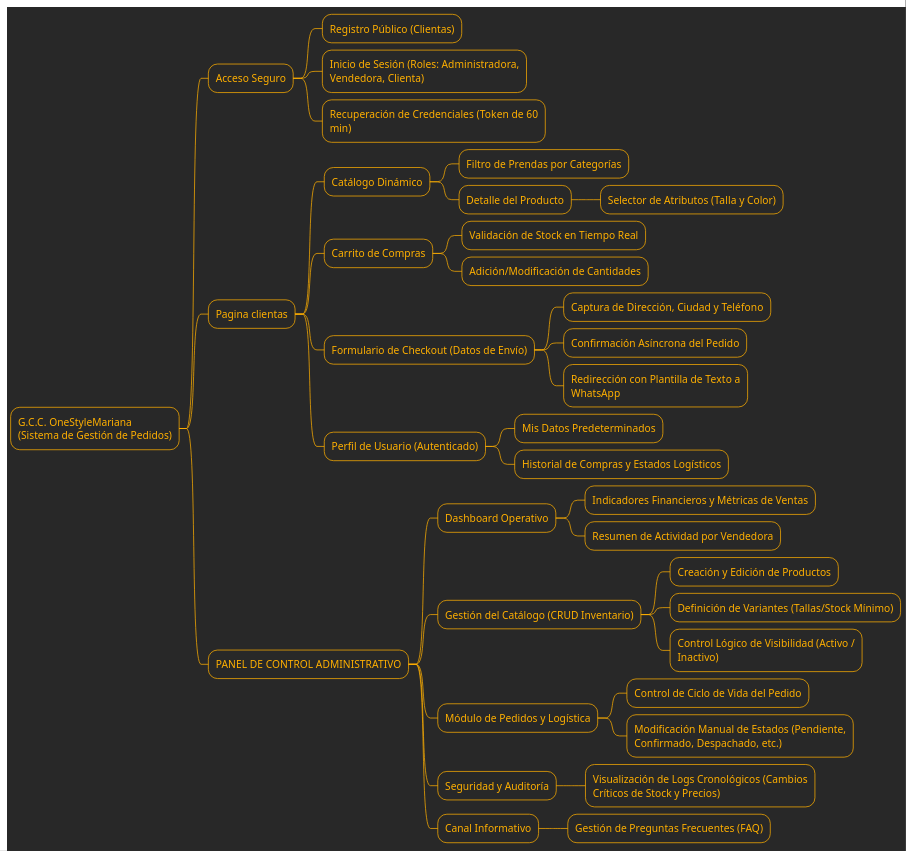
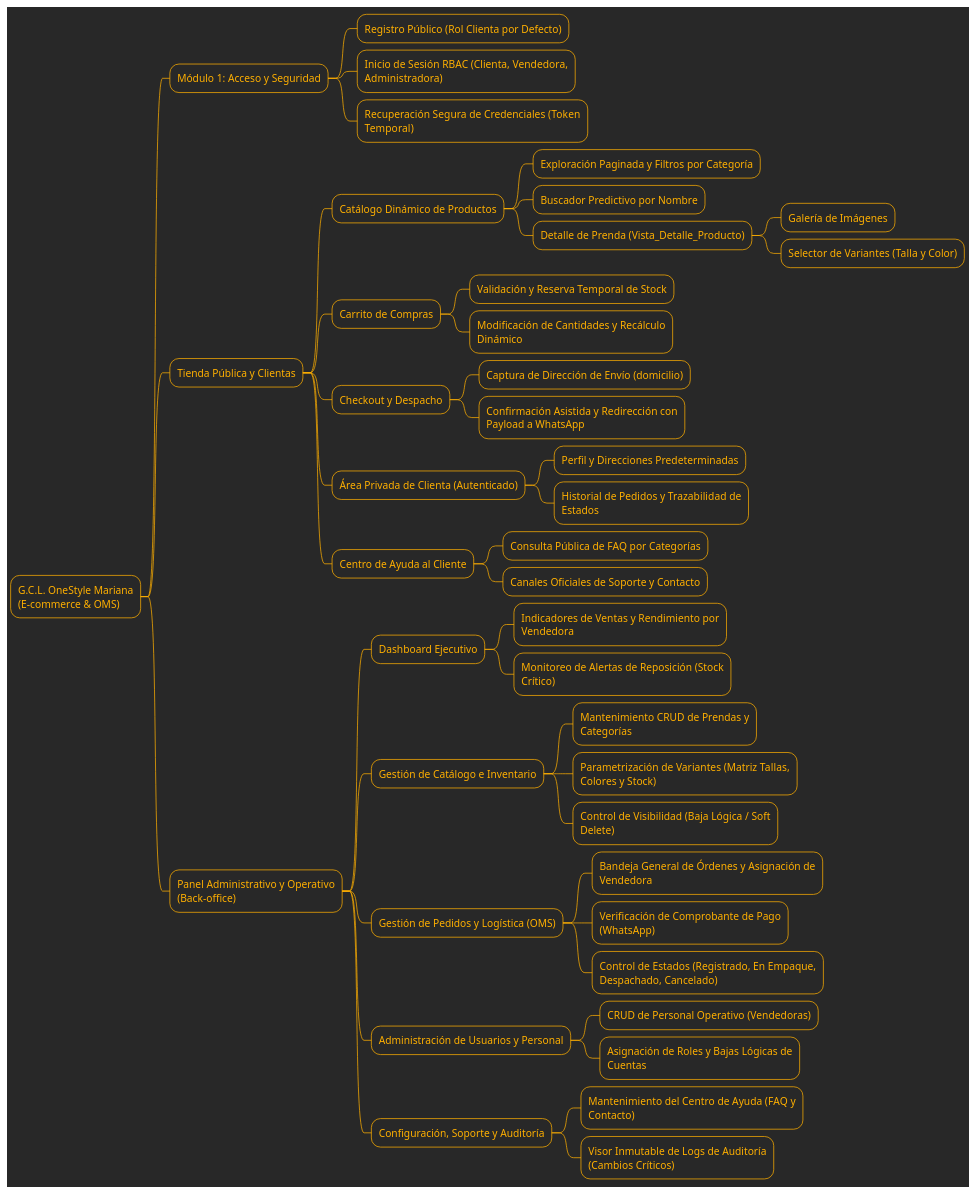
Before and after one commit to holo-t-leds/Concepto-OneStyle-Mariana: the diagram in docs/mapa navegacion/mapnav.puml, drawn with PlantUML.

Commit message:
Revise navigation map for e-commerce and OMS

```diff
--- a/docs/mapa navegacion/mapnav.puml
+++ b/docs/mapa navegacion/mapnav.puml
@@ -1,45 +1,52 @@
 @startmindmap
 !theme crt-amber
 skinparam linetype ortho
 skinparam classAttributeIconSize 0
 
-* G.C.C. OneStyleMariana \n(Sistema de Gestión de Pedidos)
+* G.C.L. OneStyle Mariana\n(E-commerce & OMS)
 
-** Acceso Seguro
-*** Registro Público (Clientas)
-*** Inicio de Sesión (Roles: Administradora, Vendedora, Clienta)
-*** Recuperación de Credenciales (Token de 60 min)
+** Módulo 1: Acceso y Seguridad
+*** Registro Público (Rol Clienta por Defecto)
+*** Inicio de Sesión RBAC (Clienta, Vendedora, Administradora)
+*** Recuperación Segura de Credenciales (Token Temporal)
 
-** Pagina clientas
-*** Catálogo Dinámico
-**** Filtro de Prendas por Categorías
-**** Detalle del Producto
-***** Selector de Atributos (Talla y Color)
+** Tienda Pública y Clientas
+*** Catálogo Dinámico de Productos
+**** Exploración Paginada y Filtros por Categoría
+**** Buscador Predictivo por Nombre
+**** Detalle de Prenda (Vista_Detalle_Producto)
+***** Galería de Imágenes
+***** Selector de Variantes (Talla y Color)
 *** Carrito de Compras
-**** Validación de Stock en Tiempo Real
-**** Adición/Modificación de Cantidades
-*** Formulario de Checkout (Datos de Envío)
-**** Captura de Dirección, Ciudad y Teléfono
-**** Confirmación Asíncrona del Pedido
-**** Redirección con Plantilla de Texto a WhatsApp
-*** Perfil de Usuario (Autenticado)
-**** Mis Datos Predeterminados
-**** Historial de Compras y Estados Logísticos
+**** Validación y Reserva Temporal de Stock
+**** Modificación de Cantidades y Recálculo Dinámico
+*** Checkout y Despacho
+**** Captura de Dirección de Envío (domicilio)
+**** Confirmación Asistida y Redirección con Payload a WhatsApp
+*** Área Privada de Clienta (Autenticado)
+**** Perfil y Direcciones Predeterminadas
+**** Historial de Pedidos y Trazabilidad de Estados
+*** Centro de Ayuda al Cliente
+**** Consulta Pública de FAQ por Categorías
+**** Canales Oficiales de Soporte y Contacto
 
-** PANEL DE CONTROL ADMINISTRATIVO 
-*** Dashboard Operativo
-**** Indicadores Financieros y Métricas de Ventas
-**** Resumen de Actividad por Vendedora
-*** Gestión del Catálogo (CRUD Inventario)
-**** Creación y Edición de Productos
-**** Definición de Variantes (Tallas/Stock Mínimo)
-**** Control Lógico de Visibilidad (Activo / Inactivo)
-*** Módulo de Pedidos y Logística
-**** Control de Ciclo de Vida del Pedido
-**** Modificación Manual de Estados (Pendiente, Confirmado, Despachado, etc.)
-*** Seguridad y Auditoría
-**** Visualización de Logs Cronológicos (Cambios Críticos de Stock y Precios)
-*** Canal Informativo
-**** Gestión de Preguntas Frecuentes (FAQ)
+** Panel Administrativo y Operativo (Back-office)
+*** Dashboard Ejecutivo
+**** Indicadores de Ventas y Rendimiento por Vendedora
+**** Monitoreo de Alertas de Reposición (Stock Crítico)
+*** Gestión de Catálogo e Inventario
+**** Mantenimiento CRUD de Prendas y Categorías
+**** Parametrización de Variantes (Matriz Tallas, Colores y Stock)
+**** Control de Visibilidad (Baja Lógica / Soft Delete)
+*** Gestión de Pedidos y Logística (OMS)
+**** Bandeja General de Órdenes y Asignación de Vendedora
+**** Verificación de Comprobante de Pago (WhatsApp)
+**** Control de Estados (Registrado, En Empaque, Despachado, Cancelado)
+*** Administración de Usuarios y Personal
+**** CRUD de Personal Operativo (Vendedoras)
+**** Asignación de Roles y Bajas Lógicas de Cuentas
+*** Configuración, Soporte y Auditoría
+**** Mantenimiento del Centro de Ayuda (FAQ y Contacto)
+**** Visor Inmutable de Logs de Auditoría (Cambios Críticos)
 
 @endmindmap
```
